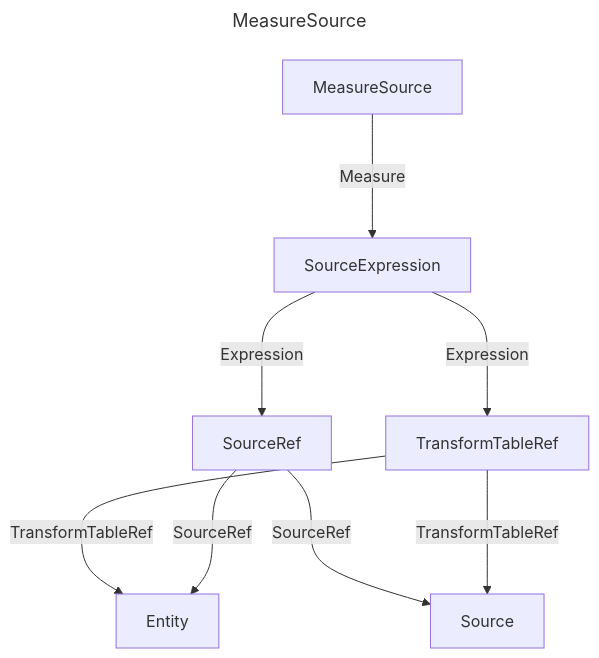
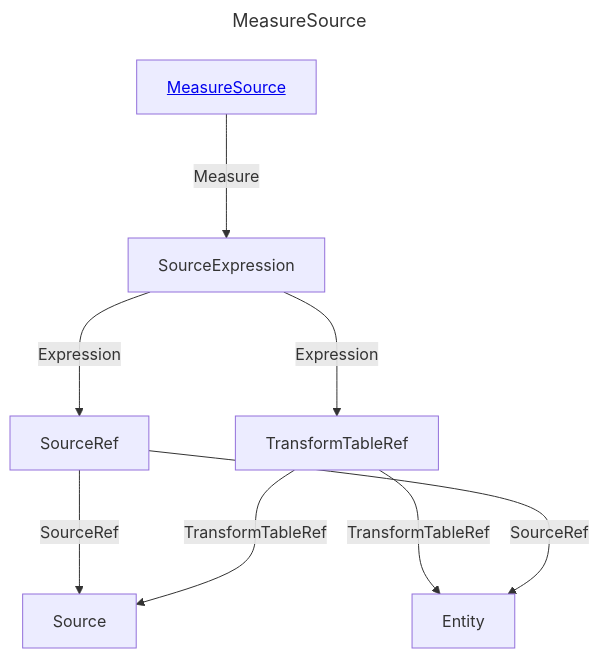
One commit to douglassimonsen/pbi_core changed the diagram in docs/docs/layout/erd/MeasureSource.md. Above: the diagram before and after it, drawn with Mermaid. The commit also changed 76 other files, not shown here.

````diff
--- a/docs/docs/layout/erd/MeasureSource.md
+++ b/docs/docs/layout/erd/MeasureSource.md
@@ -1,19 +1,19 @@
 ```mermaid
 ---
 title: MeasureSource
 ---
 graph 
-2430071339472["SourceExpression"]
-2430071355088["SourceRef"]
-2430071344352["Source"]
-2430071338496["TransformTableRef"]
-2430071353136["Entity"]
-2430071359968["MeasureSource"]
-2430071339472 --->|Expression| 2430071338496
-2430071338496 --->|TransformTableRef| 2430071353136
-2430071355088 --->|SourceRef| 2430071344352
-2430071339472 --->|Expression| 2430071355088
-2430071338496 --->|TransformTableRef| 2430071344352
-2430071359968 --->|Measure| 2430071339472
-2430071355088 --->|SourceRef| 2430071353136
+Entity[Entity]
+MeasureSource[<a href='/layout/erd/MeasureSource'>MeasureSource</a>]
+Source[Source]
+SourceExpression[SourceExpression]
+SourceRef[SourceRef]
+TransformTableRef[TransformTableRef]
+TransformTableRef --->|TransformTableRef| Entity
+SourceRef --->|SourceRef| Source
+MeasureSource --->|Measure| SourceExpression
+SourceExpression --->|Expression| SourceRef
+SourceRef --->|SourceRef| Entity
+SourceExpression --->|Expression| TransformTableRef
+TransformTableRef --->|TransformTableRef| Source
 ```
````
